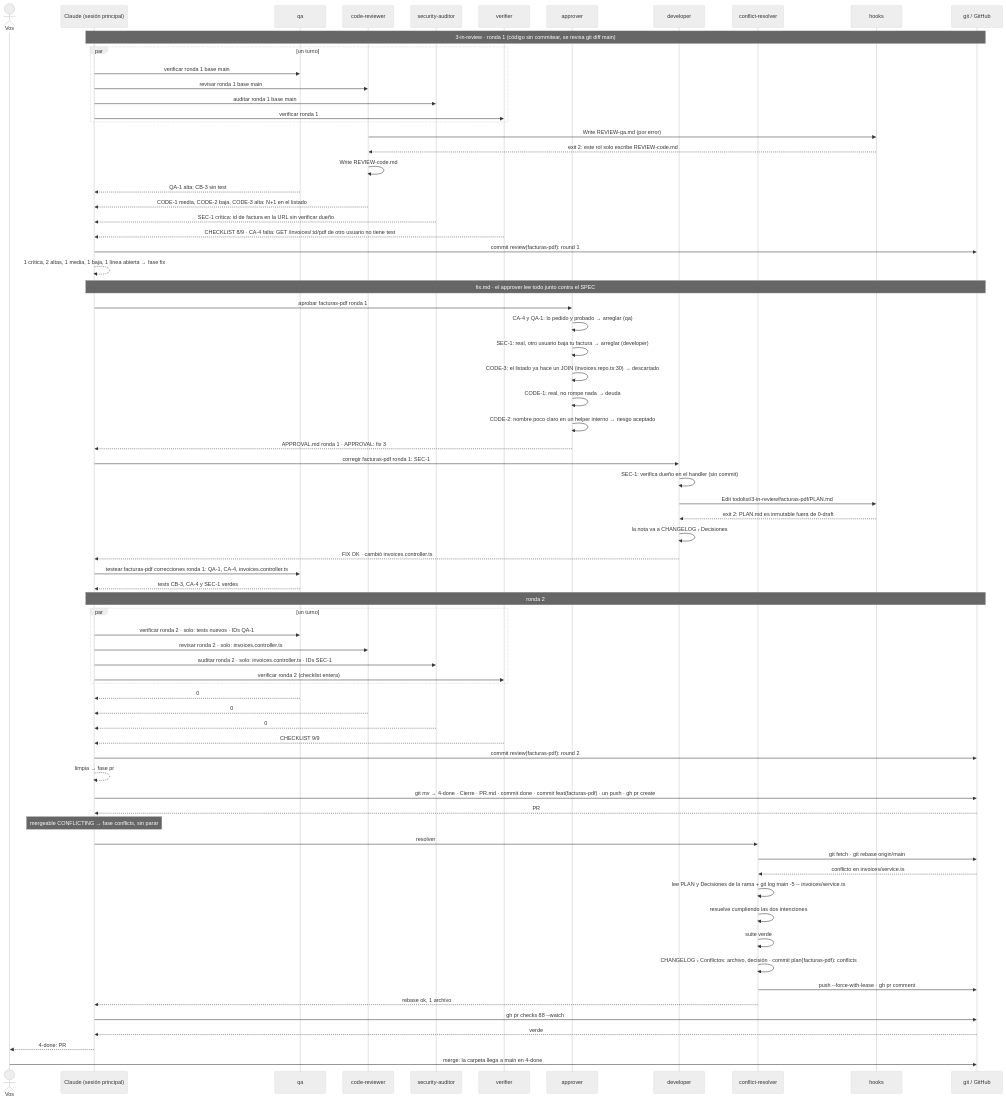
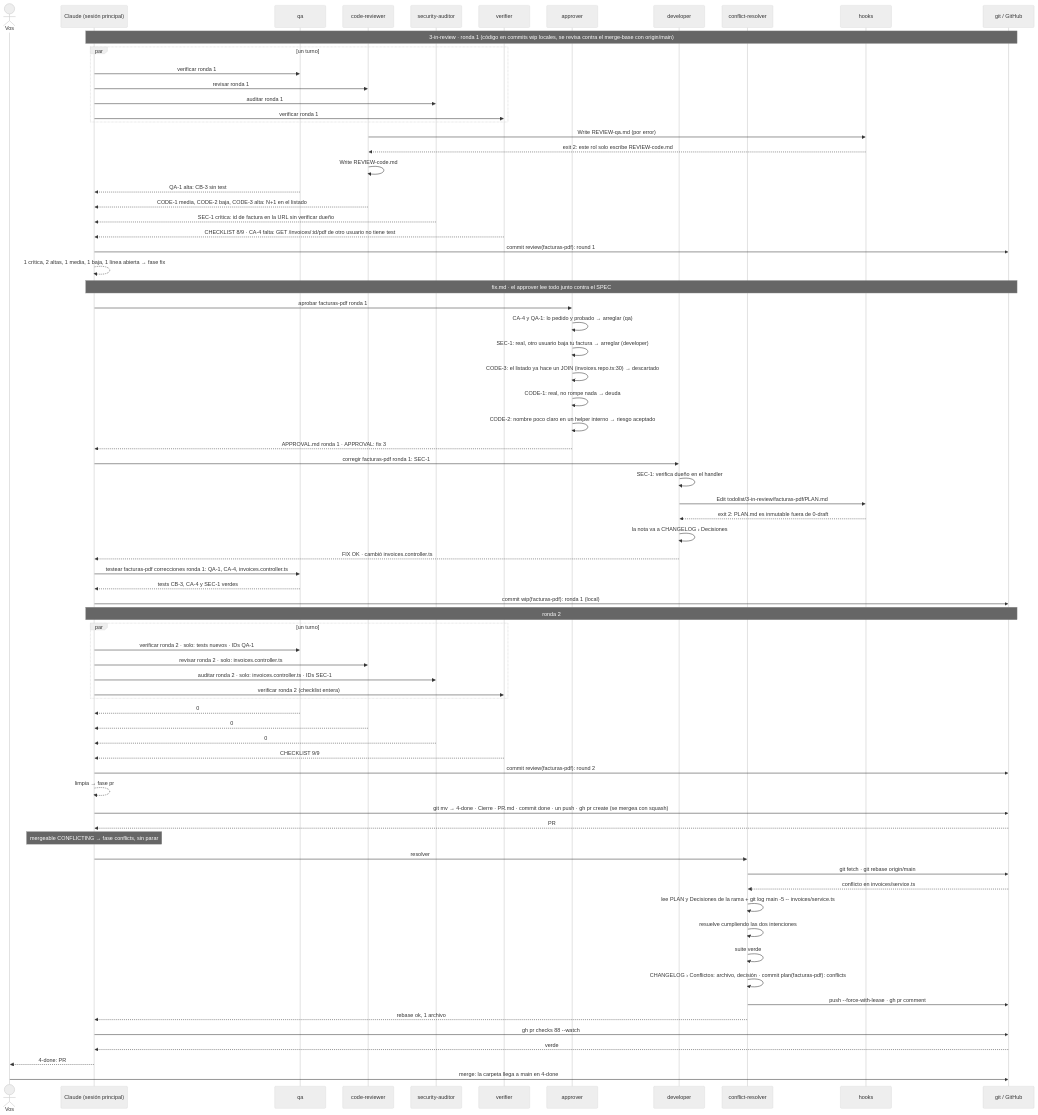
The diagram in use-cases/04-review-fix-conflict.md (octavio-parozlabs/mindstack), drawn with Mermaid (neutral theme) before and after one commit. The commit also changed 63 other files, not shown here.

````diff
--- a/use-cases/04-review-fix-conflict.md
+++ b/use-cases/04-review-fix-conflict.md
@@ -5,80 +5,81 @@
 ```mermaid
 sequenceDiagram
     actor U as Vos
     participant C as Claude (sesión principal)
     participant QA as qa
     participant CR as code-reviewer
     participant SA as security-auditor
     participant VF as verifier
     participant AP as approver
     participant DEV as developer
     participant RS as conflict-resolver
     participant H as hooks
     participant G as git / GitHub
 
-    Note over C,G: 3-in-review · ronda 1 (código sin commitear, se revisa git diff main)
+    Note over C,G: 3-in-review · ronda 1 (código en commits wip locales, se revisa contra el merge-base con origin/main)
     par un turno
-        C->>QA: verificar ronda 1 base main
-        C->>CR: revisar ronda 1 base main
-        C->>SA: auditar ronda 1 base main
+        C->>QA: verificar ronda 1
+        C->>CR: revisar ronda 1
+        C->>SA: auditar ronda 1
         C->>VF: verificar ronda 1
     end
     CR->>H: Write REVIEW-qa.md (por error)
     H-->>CR: exit 2: este rol solo escribe REVIEW-code.md
     CR->>CR: Write REVIEW-code.md
     QA-->>C: QA-1 alta: CB-3 sin test
     CR-->>C: CODE-1 media, CODE-2 baja, CODE-3 alta: N+1 en el listado
     SA-->>C: SEC-1 crítica: id de factura en la URL sin verificar dueño
     VF-->>C: CHECKLIST 8/9 · CA-4 falta: GET /invoices/:id/pdf de otro usuario no tiene test
     C->>G: commit review(facturas-pdf): round 1
     C-->>C: 1 crítica, 2 altas, 1 media, 1 baja, 1 línea abierta → fase fix
 
     Note over C,G: fix.md · el approver lee todo junto contra el SPEC
     C->>AP: aprobar facturas-pdf ronda 1
     AP->>AP: CA-4 y QA-1: lo pedido y probado → arreglar (qa)
     AP->>AP: SEC-1: real, otro usuario baja tu factura → arreglar (developer)
     AP->>AP: CODE-3: el listado ya hace un JOIN (invoices.repo.ts:30) → descartado
     AP->>AP: CODE-1: real, no rompe nada → deuda #52 vence 2026-12-15
     AP->>AP: CODE-2: nombre poco claro en un helper interno → riesgo aceptado
     AP-->>C: APPROVAL.md ronda 1 · APPROVAL: fix 3
     C->>DEV: corregir facturas-pdf ronda 1: SEC-1
-    DEV->>DEV: SEC-1: verifica dueño en el handler (sin commit)
+    DEV->>DEV: SEC-1: verifica dueño en el handler
     DEV->>H: Edit todolist/3-in-review/facturas-pdf/PLAN.md
     H-->>DEV: exit 2: PLAN.md es inmutable fuera de 0-draft
     DEV->>DEV: la nota va a CHANGELOG › Decisiones
     DEV-->>C: FIX OK · cambió invoices.controller.ts
     C->>QA: testear facturas-pdf correcciones ronda 1: QA-1, CA-4, invoices.controller.ts
     QA-->>C: tests CB-3, CA-4 y SEC-1 verdes
+    C->>G: commit wip(facturas-pdf): ronda 1 (local)
 
     Note over C,G: ronda 2
     par un turno
         C->>QA: verificar ronda 2 · solo: tests nuevos · IDs QA-1
         C->>CR: revisar ronda 2 · solo: invoices.controller.ts
         C->>SA: auditar ronda 2 · solo: invoices.controller.ts · IDs SEC-1
         C->>VF: verificar ronda 2 (checklist entera)
     end
     QA-->>C: 0
     CR-->>C: 0
     SA-->>C: 0
     VF-->>C: CHECKLIST 9/9
     C->>G: commit review(facturas-pdf): round 2
     C-->>C: limpia → fase pr
 
-    C->>G: git mv → 4-done · Cierre · PR.md · commit done · commit feat(facturas-pdf) · un push · gh pr create
+    C->>G: git mv → 4-done · Cierre · PR.md · commit done · un push · gh pr create (se mergea con squash)
     G-->>C: PR #88 · mergeable: CONFLICTING
     Note over C: mergeable CONFLICTING → fase conflicts, sin parar
     C->>RS: resolver
     RS->>G: git fetch · git rebase origin/main
     G-->>RS: conflicto en invoices/service.ts
     RS->>RS: lee PLAN y Decisiones de la rama + git log main -5 -- invoices/service.ts
     RS->>RS: resuelve cumpliendo las dos intenciones
     RS->>RS: suite verde
     RS->>RS: CHANGELOG › Conflictos: archivo, decisión · commit plan(facturas-pdf): conflicts
     RS->>G: push --force-with-lease · gh pr comment
     RS-->>C: rebase ok, 1 archivo
     C->>G: gh pr checks 88 --watch
     G-->>C: verde
     C-->>U: 4-done: PR #88 listo para mergear
 
     U->>G: merge: la carpeta llega a main en 4-done
 ```
````
